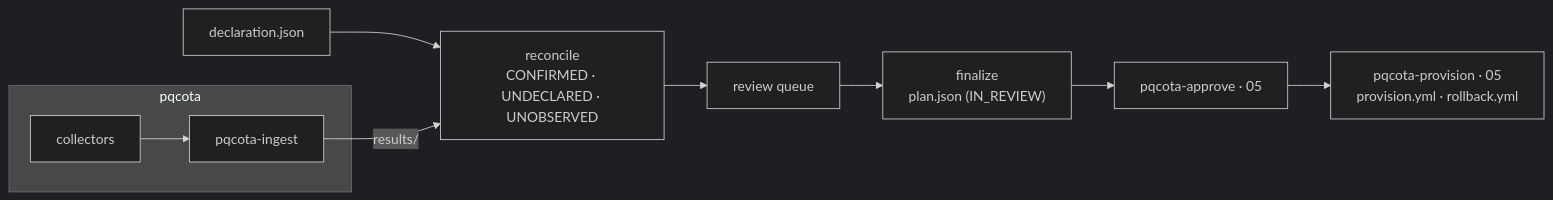
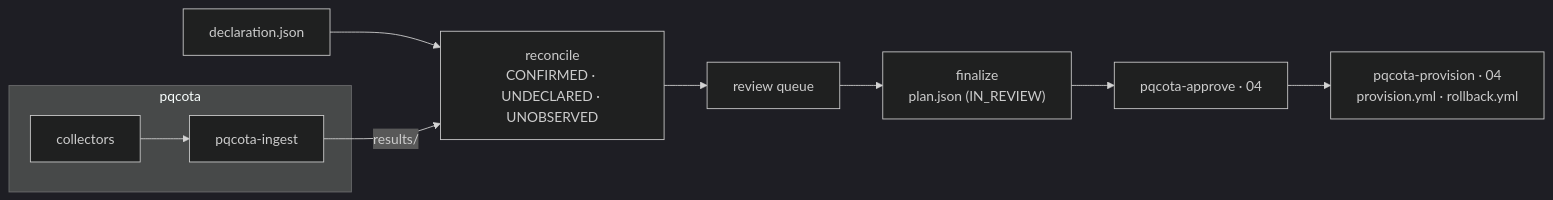
One commit to sntsoftgit/pqcaton changed the diagram in README.ko.md. Above: the diagram before and after it, drawn with Mermaid (dark theme). The commit also changed other lines of this file and 130 other files, not shown here.

````diff
--- a/README.ko.md
+++ b/README.ko.md
@@ -42,10 +42,10 @@
 ```mermaid
 flowchart LR
   decl["declaration.json"] --> rec
   subgraph pqcota
     obs["collectors"] --> ing["pqcota-ingest"]
   end
   ing -- "results/" --> rec["reconcile<br/>CONFIRMED · UNDECLARED · UNOBSERVED"]
   rec --> rq["review queue"] --> fin["finalize<br/>plan.json (IN_REVIEW)"]
-  fin --> appr["pqcota-approve · 05"] --> gen["pqcota-provision · 05<br/>provision.yml · rollback.yml"]
+  fin --> appr["pqcota-approve · 04"] --> gen["pqcota-provision · 04<br/>provision.yml · rollback.yml"]
 ```
````
